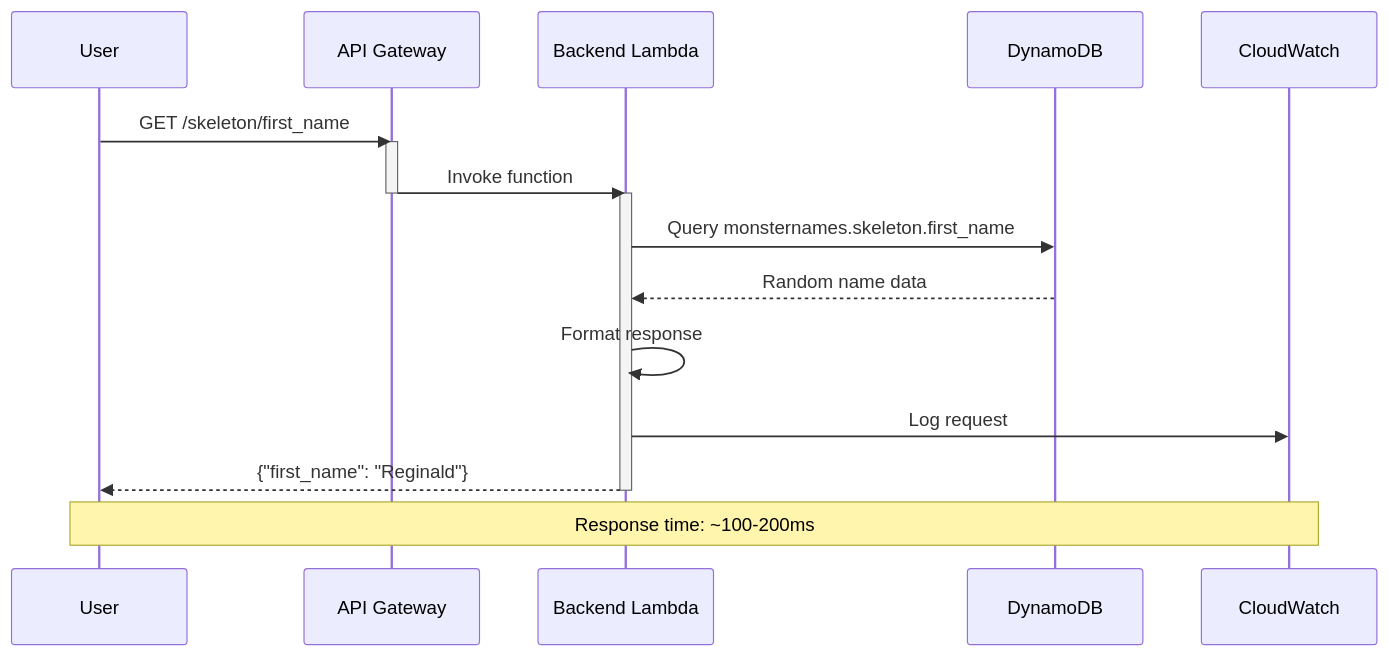
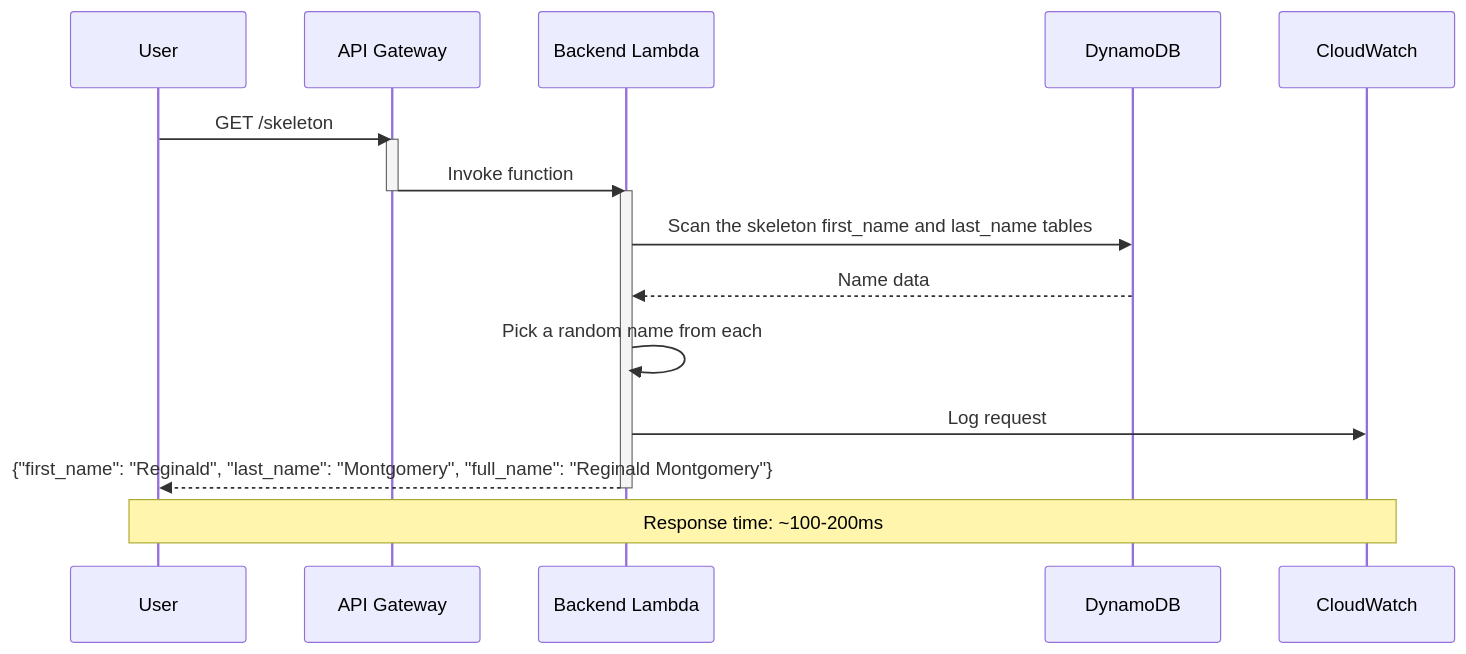
Before and after one commit to sudoblark/sudoblark.monsternames.api: the second of 2 diagrams in README.md, drawn with Mermaid. The commit also changed other lines of this file and 1 other file, not shown here.

````diff
--- a/README.md
+++ b/README.md
@@ -497,23 +493,23 @@
 ```mermaid
 sequenceDiagram
     participant User
     participant APIGW as API Gateway
     participant Lambda as Backend Lambda
     participant DDB as DynamoDB
     participant CW as CloudWatch
 
-    User->>APIGW: GET /skeleton/first_name
+    User->>APIGW: GET /skeleton
     activate APIGW
     APIGW->>Lambda: Invoke function
     deactivate APIGW
 
     activate Lambda
-    Lambda->>DDB: Query monsternames.skeleton.first_name
-    DDB-->>Lambda: Random name data
-    Lambda->>Lambda: Format response
+    Lambda->>DDB: Scan the skeleton first_name and last_name tables
+    DDB-->>Lambda: Name data
+    Lambda->>Lambda: Pick a random name from each
     Lambda->>CW: Log request
-    Lambda-->>User: {"first_name": "Reginald"}
+    Lambda-->>User: {"first_name": "Reginald", "last_name": "Montgomery", "full_name": "Reginald Montgomery"}
     deactivate Lambda
 
     Note over User,CW: Response time: ~100-200ms
 ```
````
